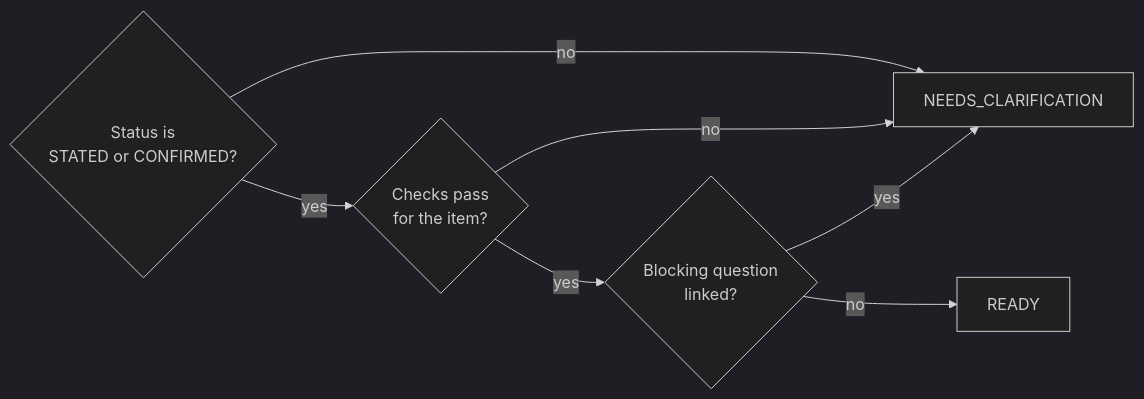
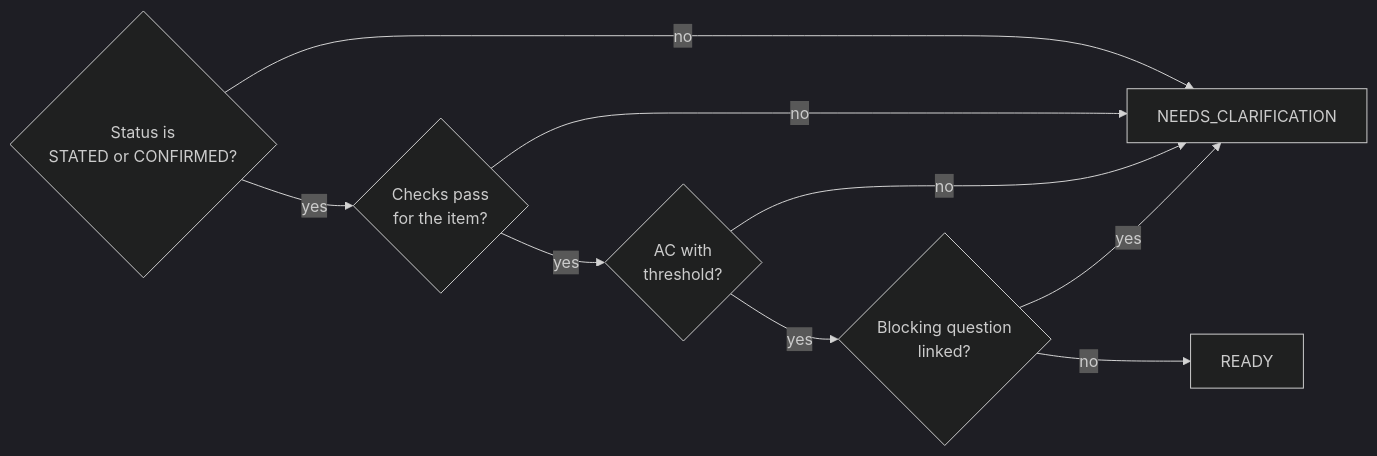
Before and after one commit to Anilkumark17/MCP-Skill-integration: the fourth of 8 diagrams in README.md, drawn with Mermaid (dark theme). The commit also changed other lines of this file and 27 other files, not shown here.

````diff
--- a/README.md
+++ b/README.md
@@ -58,9 +60,11 @@
 ```mermaid
 flowchart LR
     S{Status is<br/>STATED or CONFIRMED?} -->|no| NC[NEEDS_CLARIFICATION]
     S -->|yes| P{Checks pass<br/>for the item?}
     P -->|no| NC
-    P -->|yes| B{Blocking question<br/>linked?}
+    P -->|yes| A{AC with<br/>threshold?}
+    A -->|no| NC
+    A -->|yes| B{Blocking question<br/>linked?}
     B -->|yes| NC
     B -->|no| R[READY]
 ```
````
